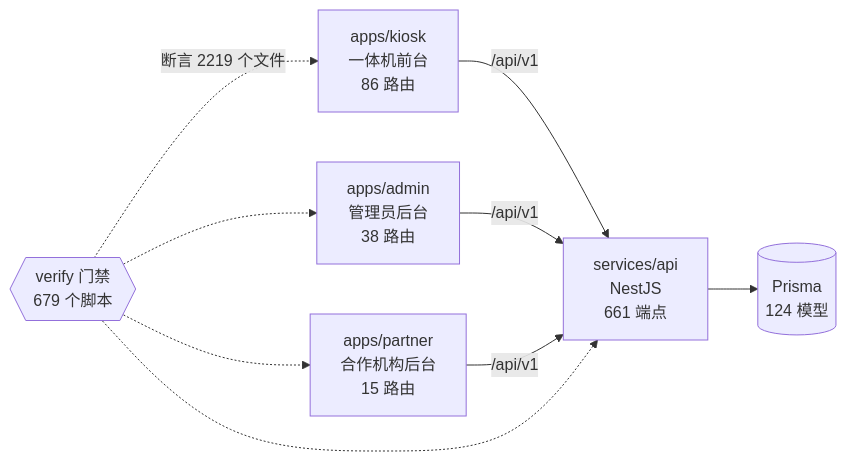
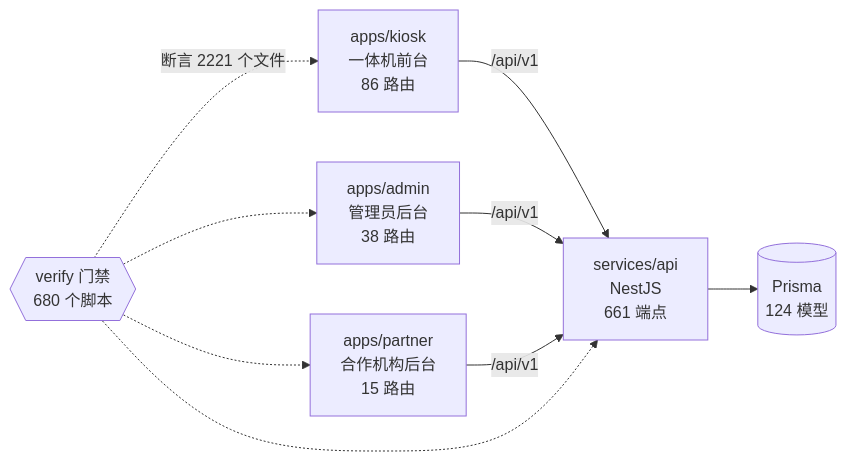
Before and after one commit to wanglei581/YITIJI: the diagram in docs/graph/README.md, drawn with Mermaid. The commit also changed other lines of this file and 2 other files, not shown here.

Commit message:
docs: 重生项目图谱，纳入在途清场用例

````diff
--- a/docs/graph/README.md
+++ b/docs/graph/README.md
@@ -68,18 +68,18 @@
 ```mermaid
 flowchart LR
   kiosk["apps/kiosk<br/>一体机前台<br/>86 路由"]
   admin["apps/admin<br/>管理员后台<br/>38 路由"]
   partner["apps/partner<br/>合作机构后台<br/>15 路由"]
   api["services/api<br/>NestJS<br/>661 端点"]
   db[("Prisma<br/>124 模型")]
-  gates{{"verify 门禁<br/>679 个脚本"}}
+  gates{{"verify 门禁<br/>680 个脚本"}}
 
   kiosk -->|"/api/v1"| api
   admin -->|"/api/v1"| api
   partner -->|"/api/v1"| api
   api --> db
-  gates -.->|"断言 2219 个文件"| kiosk
+  gates -.->|"断言 2221 个文件"| kiosk
   gates -.-> admin
   gates -.-> partner
   gates -.-> api
 ```
````
